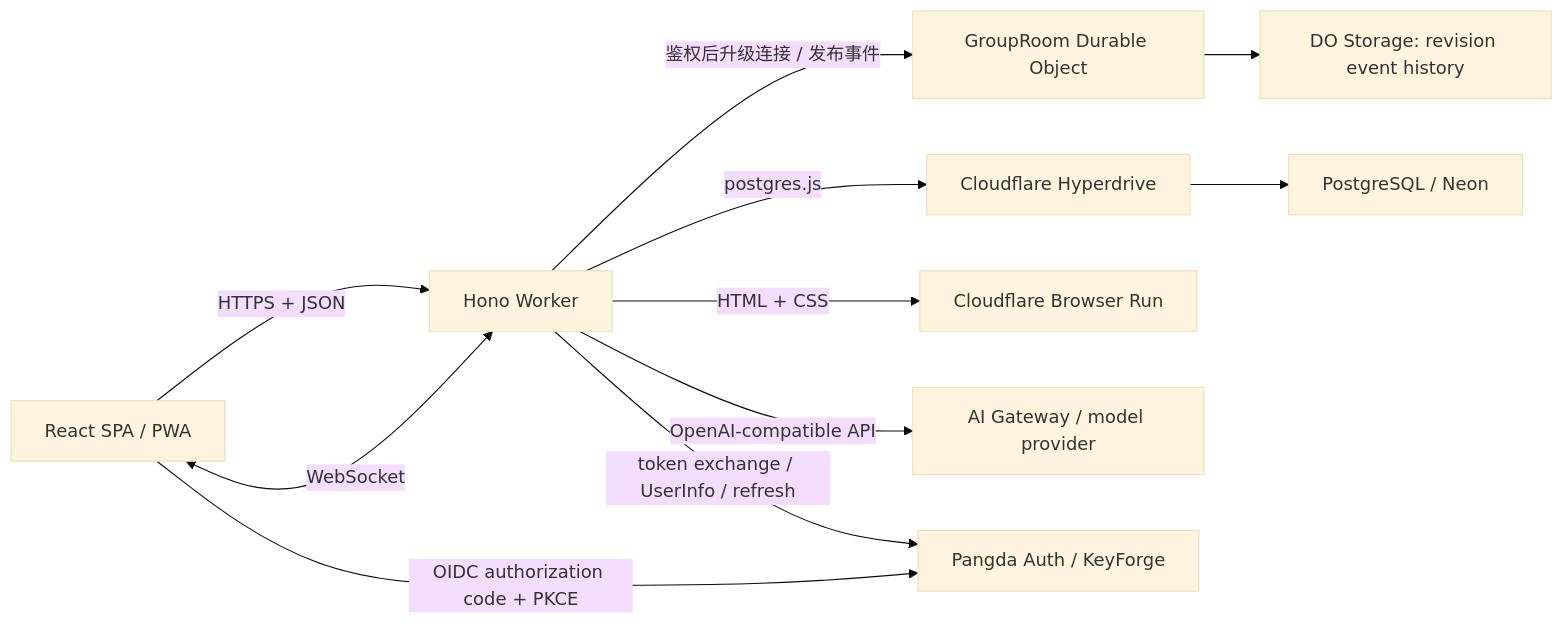
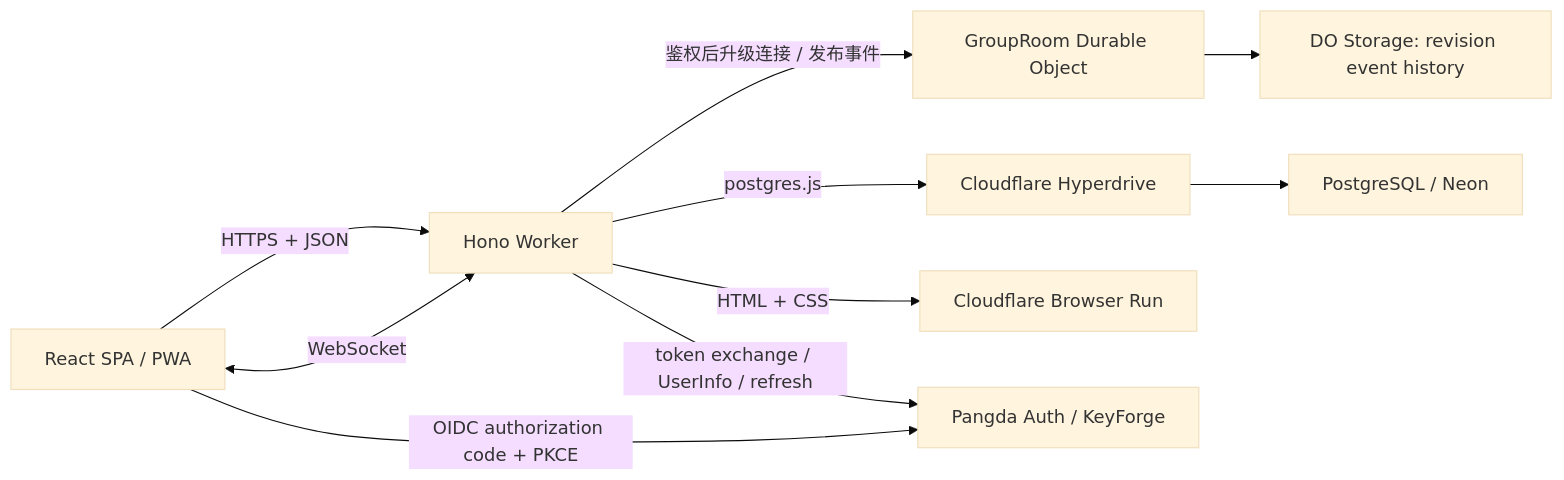
Before and after one commit to hepangda/aaeasy: the diagram in README.md, drawn with Mermaid (base theme). The commit also changed other lines of this file and 91 other files, not shown here.

````diff
--- a/README.md
+++ b/README.md
@@ -7,13 +7,12 @@
 ```mermaid
 flowchart LR
   Browser["React SPA / PWA"] -->|"HTTPS + JSON"| Worker["Hono Worker"]
   Browser <-->|"WebSocket"| Worker
   Worker -->|"鉴权后升级连接 / 发布事件"| DO["GroupRoom Durable Object"]
   DO --> DOStore["DO Storage: revision event history"]
   Worker -->|"postgres.js"| Hyperdrive["Cloudflare Hyperdrive"]
   Hyperdrive --> Postgres["PostgreSQL / Neon"]
   Worker -->|"HTML + CSS"| BrowserRun["Cloudflare Browser Run"]
-  Worker -->|"OpenAI-compatible API"| AI["AI Gateway / model provider"]
   Browser -->|"OIDC authorization code + PKCE"| Auth["Pangda Auth / KeyForge"]
   Worker -->|"token exchange / UserInfo / refresh"| Auth
 ```
````
